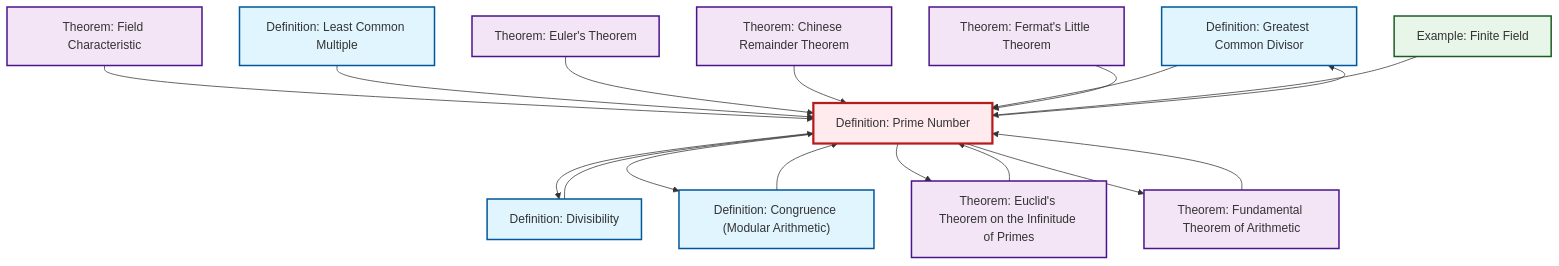
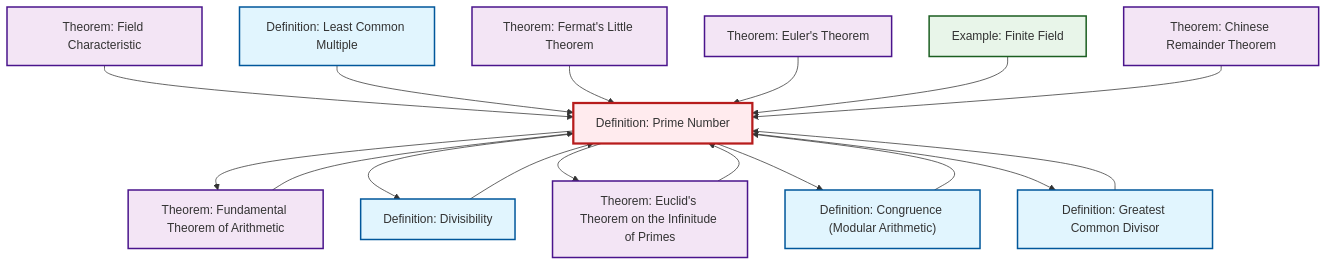
Before and after one commit to RK0429/ModernMath: the diagram in content/en/number-theory/def-prime.qmd, drawn with Mermaid. The commit also changed other lines of this file and 672 other files, not shown here.

````diff
--- a/content/en/number-theory/def-prime.qmd
+++ b/content/en/number-theory/def-prime.qmd
@@ -65,49 +65,49 @@
 ```{mermaid}
 %%| fig-cap: "Local dependency graph"
 graph TD
     classDef definition fill:#e1f5fe,stroke:#01579b,stroke-width:2px
     classDef theorem fill:#f3e5f5,stroke:#4a148c,stroke-width:2px
     classDef axiom fill:#fff3e0,stroke:#e65100,stroke-width:2px
     classDef example fill:#e8f5e9,stroke:#1b5e20,stroke-width:2px
     classDef current fill:#ffebee,stroke:#b71c1c,stroke-width:3px
-    def-gcd["Definition: Greatest Common Divisor"]:::definition
-    def-prime["Definition: Prime Number"]:::definition
-    def-congruence["Definition: Congruence (Modular Arithmetic)"]:::definition
-    thm-chinese-remainder["Theorem: Chinese Remainder Theorem"]:::theorem
-    thm-euler["Theorem: Euler's Theorem"]:::theorem
-    thm-field-characteristic["Theorem: Field Characteristic"]:::theorem
     def-lcm["Definition: Least Common Multiple"]:::definition
     thm-fundamental-arithmetic["Theorem: Fundamental Theorem of Arithmetic"]:::theorem
+    thm-fermat-little["Theorem: Fermat's Little Theorem"]:::theorem
+    thm-field-characteristic["Theorem: Field Characteristic"]:::theorem
+    thm-euler["Theorem: Euler's Theorem"]:::theorem
+    thm-euclid-infinitude-primes["Theorem: Euclid's Theorem on the Infinitude of Primes"]:::theorem
+    def-congruence["Definition: Congruence (Modular Arithmetic)"]:::definition
     ex-finite-field["Example: Finite Field"]:::example
-    thm-euclid-infinitude-primes["Theorem: Euclid's Theorem on the Infinitude of Primes"]:::theorem
-    thm-fermat-little["Theorem: Fermat's Little Theorem"]:::theorem
+    def-prime["Definition: Prime Number"]:::definition
+    def-gcd["Definition: Greatest Common Divisor"]:::definition
+    thm-chinese-remainder["Theorem: Chinese Remainder Theorem"]:::theorem
     def-divisibility["Definition: Divisibility"]:::definition
+    def-congruence --> def-prime
+    def-gcd --> def-prime
     thm-field-characteristic --> def-prime
     def-lcm --> def-prime
-    thm-euler --> def-prime
-    thm-chinese-remainder --> def-prime
-    def-prime --> def-divisibility
-    def-prime --> def-gcd
-    def-divisibility --> def-prime
-    def-prime --> def-congruence
-    def-gcd --> def-prime
-    def-congruence --> def-prime
-    def-prime --> thm-euclid-infinitude-primes
     thm-fermat-little --> def-prime
     thm-fundamental-arithmetic --> def-prime
+    def-divisibility --> def-prime
     def-prime --> thm-fundamental-arithmetic
+    def-prime --> def-divisibility
+    thm-euclid-infinitude-primes --> def-prime
+    def-prime --> thm-euclid-infinitude-primes
+    thm-euler --> def-prime
+    def-prime --> def-congruence
+    def-prime --> def-gcd
     ex-finite-field --> def-prime
-    thm-euclid-infinitude-primes --> def-prime
+    thm-chinese-remainder --> def-prime
     class def-prime current
-    click def-gcd "def-gcd.html" "Go to Greatest Common Divisor definition"
-    click def-congruence "def-congruence.html" "Go to Congruence (Modular Arithmetic) definition"
-    click thm-chinese-remainder "thm-chinese-remainder.html" "Go to Chinese Remainder Theorem theorem"
-    click thm-euler "thm-euler.html" "Go to Euler's Theorem theorem"
-    click thm-field-characteristic "thm-field-characteristic.html" "Go to Field Characteristic theorem"
     click def-lcm "def-lcm.html" "Go to Least Common Multiple definition"
     click thm-fundamental-arithmetic "thm-fundamental-arithmetic.html" "Go to Fundamental Theorem of Arithmetic theorem"
+    click thm-fermat-little "thm-fermat-little.html" "Go to Fermat's Little Theorem theorem"
+    click thm-field-characteristic "thm-field-characteristic.html" "Go to Field Characteristic theorem"
+    click thm-euler "thm-euler.html" "Go to Euler's Theorem theorem"
+    click thm-euclid-infinitude-primes "thm-euclid-infinitude-primes.html" "Go to Euclid's Theorem on the Infinitude of Primes theorem"
+    click def-congruence "def-congruence.html" "Go to Congruence (Modular Arithmetic) definition"
     click ex-finite-field "ex-finite-field.html" "Go to Finite Field example"
-    click thm-euclid-infinitude-primes "thm-euclid-infinitude-primes.html" "Go to Euclid's Theorem on the Infinitude of Primes theorem"
-    click thm-fermat-little "thm-fermat-little.html" "Go to Fermat's Little Theorem theorem"
+    click def-gcd "def-gcd.html" "Go to Greatest Common Divisor definition"
+    click thm-chinese-remainder "thm-chinese-remainder.html" "Go to Chinese Remainder Theorem theorem"
     click def-divisibility "def-divisibility.html" "Go to Divisibility definition"
 ```
````
